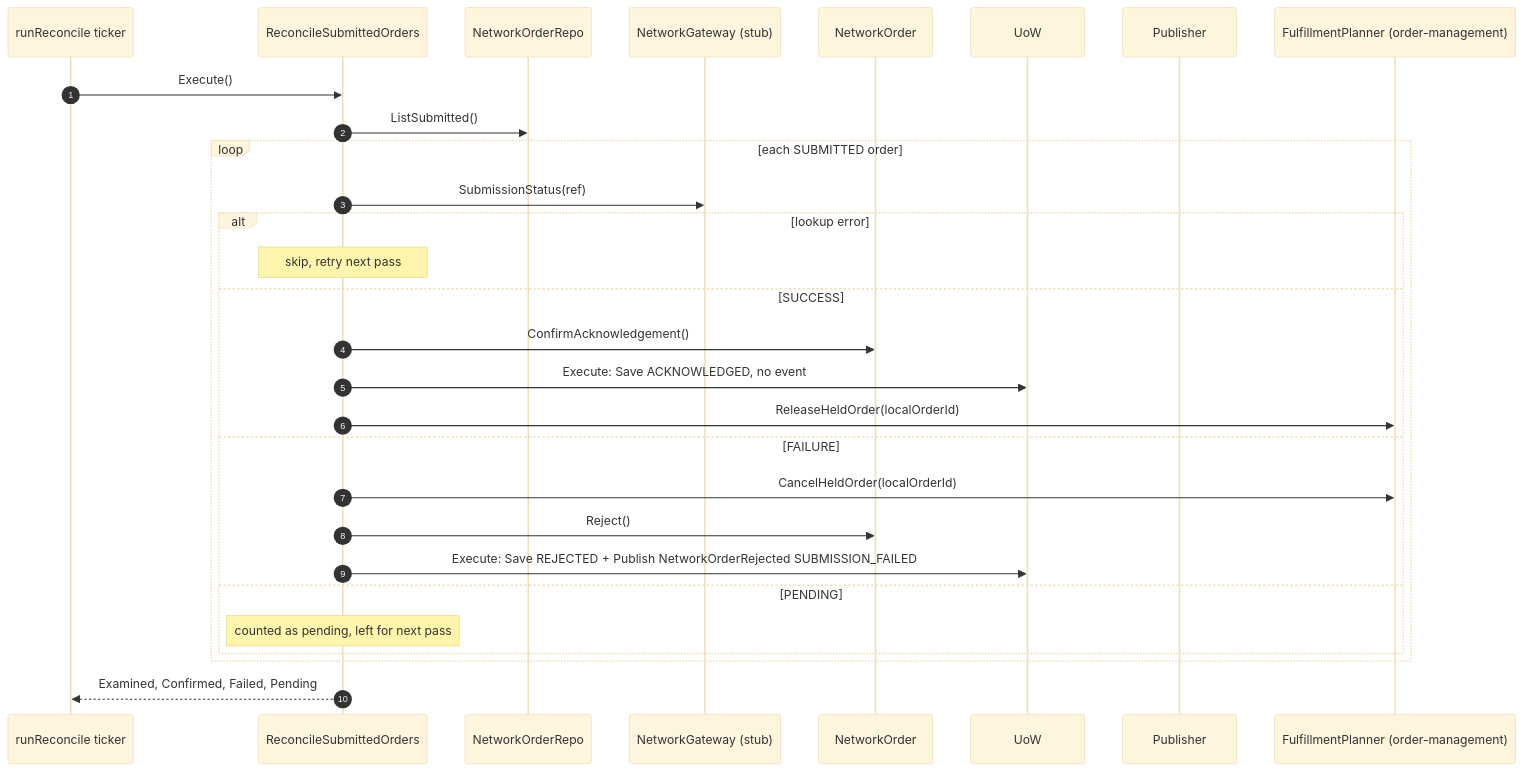
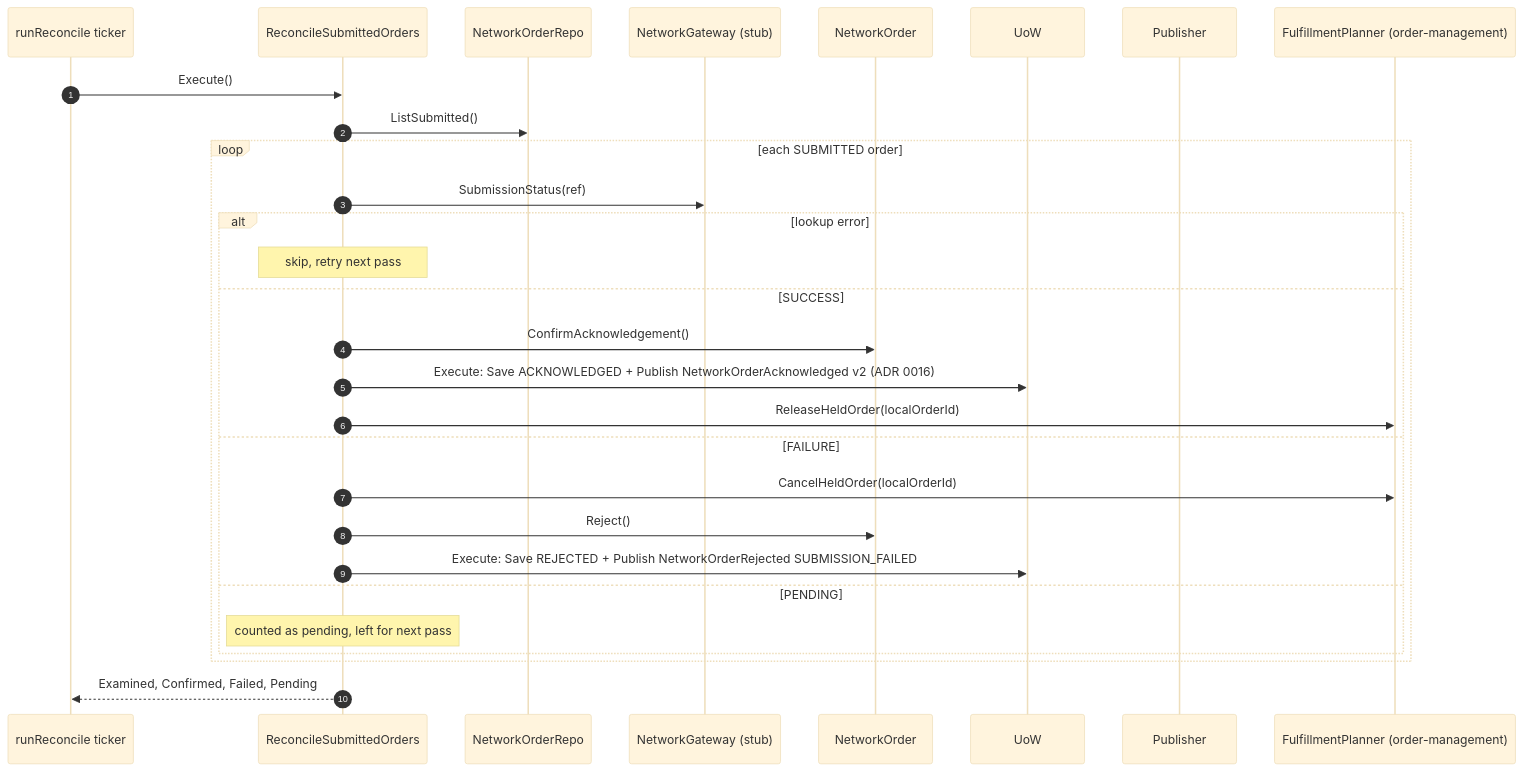
The second of 6 diagrams in docs/contexts/network-fulfillment/sequence-diagrams.md (IQVO/warehouse-docs), drawn with Mermaid (base theme) before and after one commit. The commit also changed other lines of this file and 318 other files, not shown here.

````diff
--- a/docs/contexts/network-fulfillment/sequence-diagrams.md
+++ b/docs/contexts/network-fulfillment/sequence-diagrams.md
@@ -96,31 +96,31 @@
 ```mermaid
 sequenceDiagram
     autonumber
     participant T as runReconcile ticker
     participant UC as ReconcileSubmittedOrders
     participant R as NetworkOrderRepo
     participant GW as NetworkGateway (stub)
     participant A as NetworkOrder
     participant U as UoW
     participant PUB as Publisher
     participant OM as FulfillmentPlanner (order-management)
     T->>UC: Execute()
     UC->>R: ListSubmitted()
     loop each SUBMITTED order
         UC->>GW: SubmissionStatus(ref)
         alt lookup error
             Note over UC: skip, retry next pass
         else SUCCESS
             UC->>A: ConfirmAcknowledgement()
-            UC->>U: Execute: Save ACKNOWLEDGED, no event
+            UC->>U: Execute: Save ACKNOWLEDGED + Publish NetworkOrderAcknowledged v2 (ADR 0016)
             UC->>OM: ReleaseHeldOrder(localOrderId)
         else FAILURE
             UC->>OM: CancelHeldOrder(localOrderId)
             UC->>A: Reject()
             UC->>U: Execute: Save REJECTED + Publish NetworkOrderRejected SUBMISSION_FAILED
         else PENDING
             Note over UC: counted as pending, left for next pass
         end
     end
     UC-->>T: Examined, Confirmed, Failed, Pending
 ```
````
